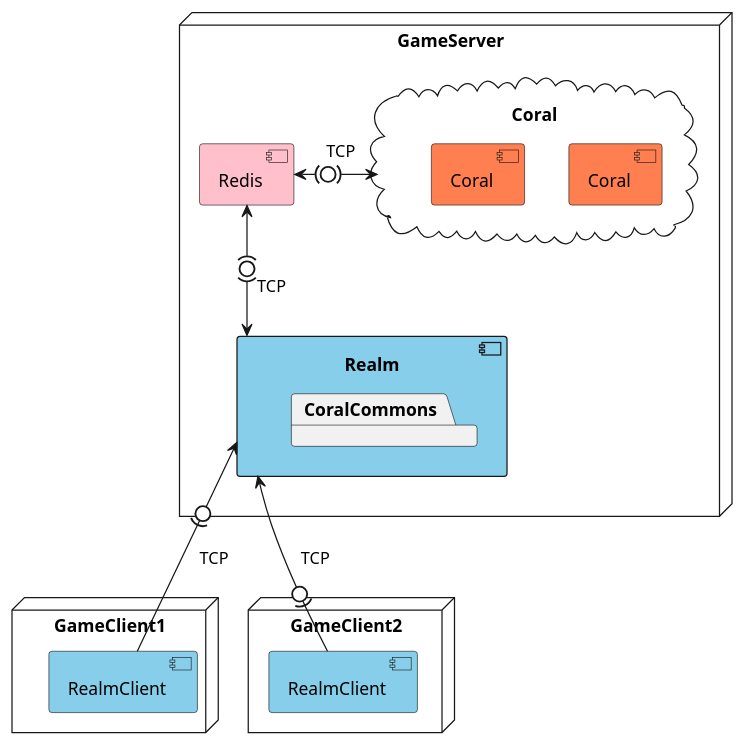
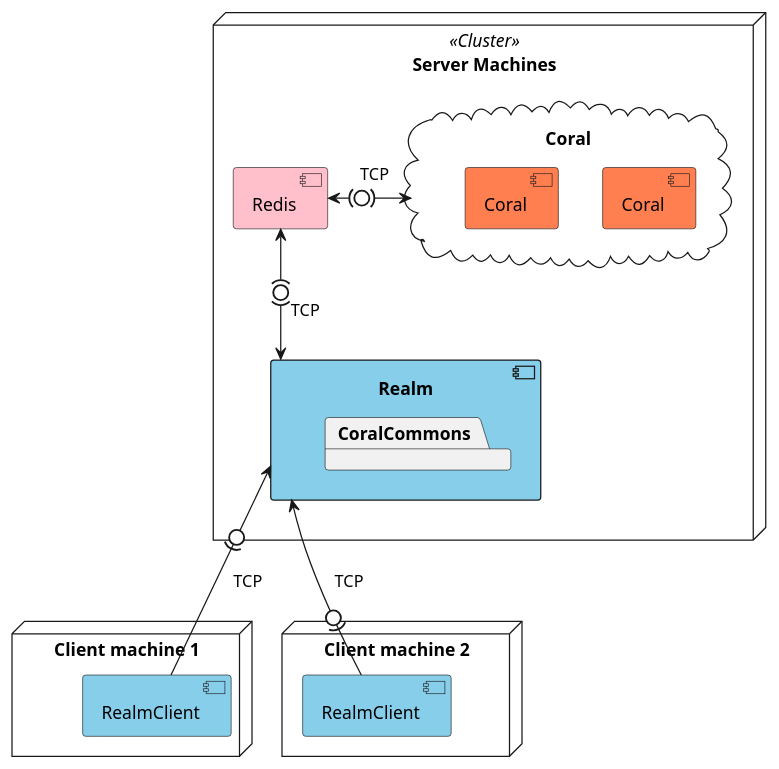
One commit to Souchy/RustProject changed the first of 3 diagrams in docs/diagrams/architectures.puml. Above: the diagram before and after it, drawn with PlantUML. The commit also changed 19 other files, not shown here.

Commit message:
Diagrammes

```diff
--- a/docs/diagrams/architectures.puml
+++ b/docs/diagrams/architectures.puml
@@ -2,27 +2,27 @@
 @startuml Architecture1
 
-node GameServer {
+node "Server Machines" <<Cluster>> as sm{
 	component Realm as gs #SkyBlue {
 		package CoralCommons 
 	}
 	component Redis #Pink
 	cloud Coral {
 		component Coral as m1 #Coral
 		component Coral as m2 #Coral
 	}
 }
 
-node GameClient1 {
+node "Client machine 1" {
 	component RealmClient as c1 #SkyBlue
 }
-node GameClient2 {
+node "Client machine 2" {
 	component RealmClient as c2 #SkyBlue
 }
 
 c1 -up(0-> gs : TCP
 c2 -up(0-> gs : TCP
 
 Redis <-(0)-> gs : TCP
 Redis <-right(0)-> Coral : TCP
 
 @enduml
```
